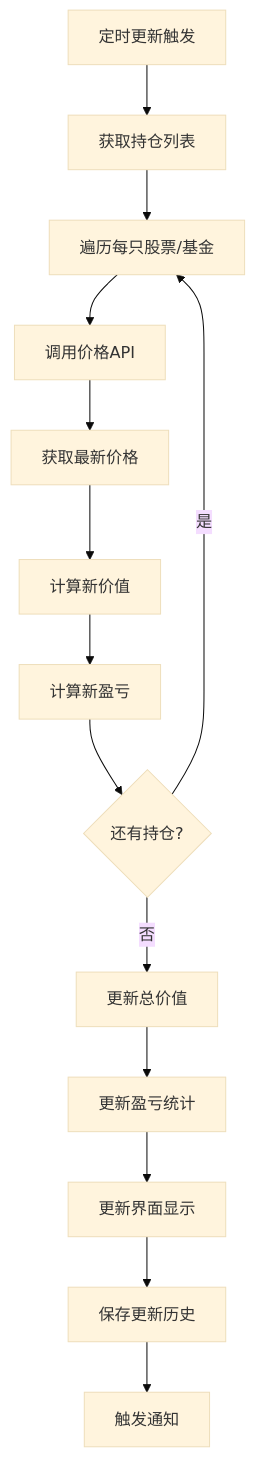
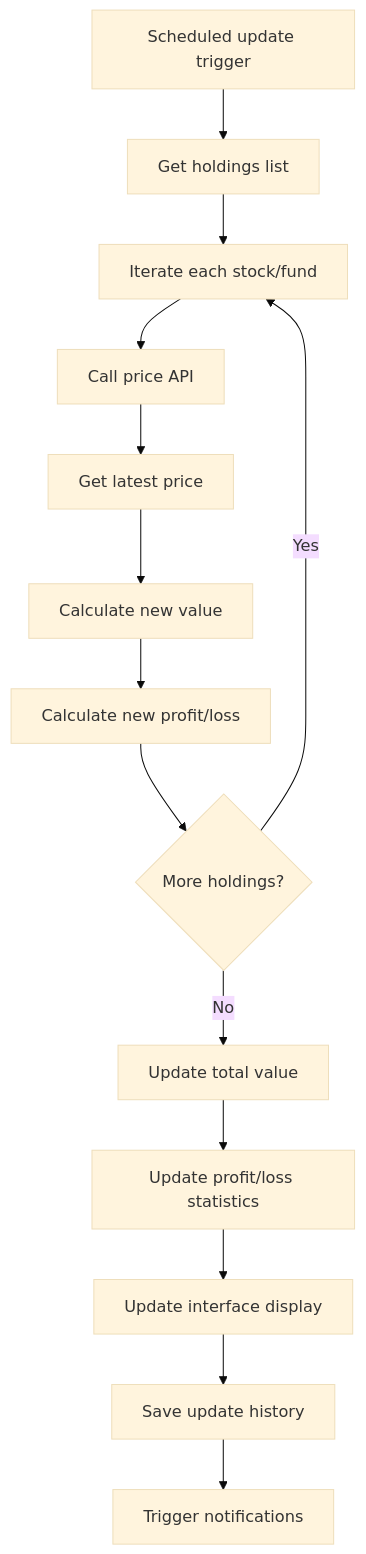
One commit to CDKStudy/Portfolio_Manager changed diagram 11 of 20 in FLOWCHARTS.md. Above: the diagram before and after it, drawn with Mermaid (base theme). The commit also changed other lines of this file, not shown here.

Commit message:
update flowchart

````diff
--- a/FLOWCHARTS.md
+++ b/FLOWCHARTS.md
@@ -275,16 +275,16 @@
 ```mermaid
 flowchart TD
-    A[定时更新触发] --> B[获取持仓列表]
-    B --> C[遍历每只股票/基金]
-    C --> D[调用价格API]
-    D --> E[获取最新价格]
-    E --> F[计算新价值]
-    F --> G[计算新盈亏]
-    G --> H{还有持仓?}
-    H -->|是| C
-    H -->|否| I[更新总价值]
-    I --> J[更新盈亏统计]
-    J --> K[更新界面显示]
-    K --> L[保存更新历史]
-    L --> M[触发通知]
+    A[Scheduled update trigger] --> B[Get holdings list]
+    B --> C[Iterate each stock/fund]
+    C --> D[Call price API]
+    D --> E[Get latest price]
+    E --> F[Calculate new value]
+    F --> G[Calculate new profit/loss]
+    G --> H{More holdings?}
+    H -->|Yes| C
+    H -->|No| I[Update total value]
+    I --> J[Update profit/loss statistics]
+    J --> K[Update interface display]
+    K --> L[Save update history]
+    L --> M[Trigger notifications]
 ```
````
